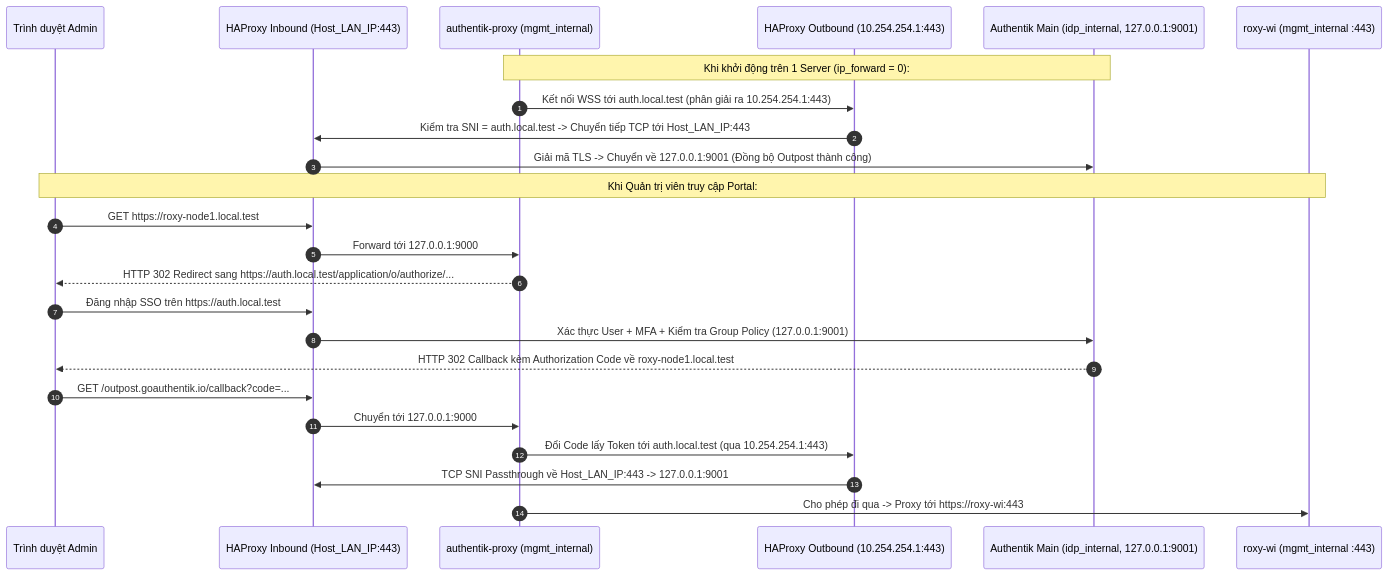
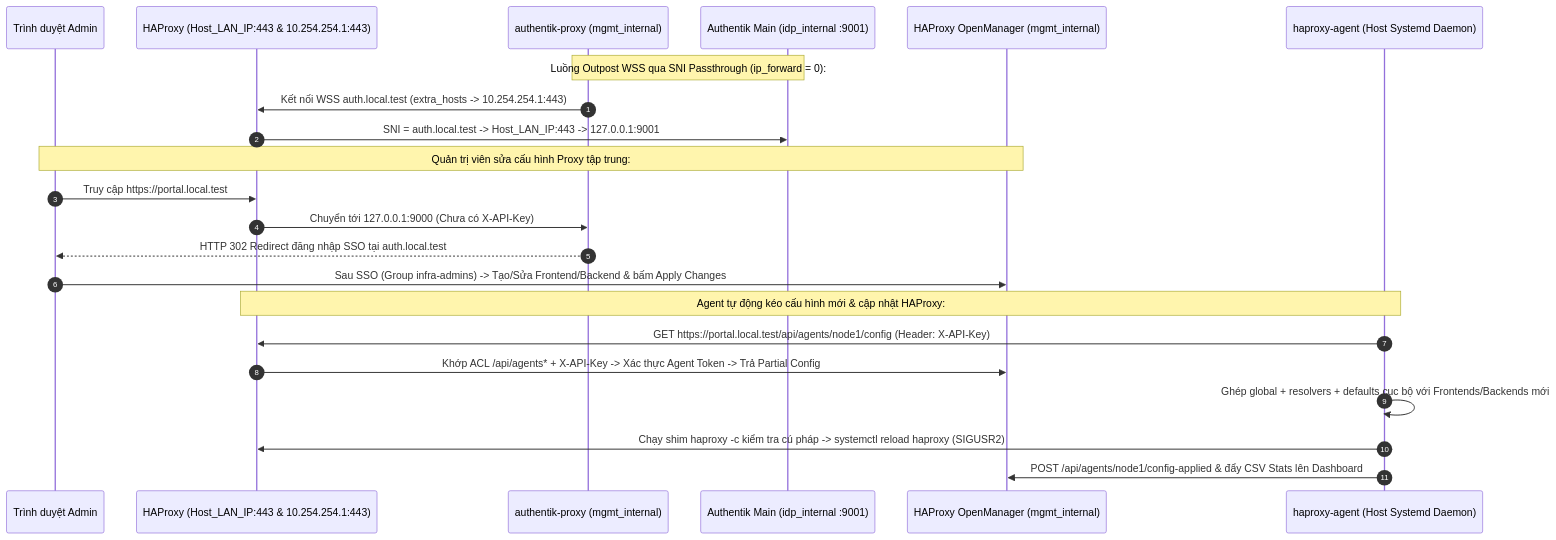
The second of 2 diagrams in BRD.md (OrgGem/rpa-revert-proxy), drawn with Mermaid before and after one commit. The commit also changed other lines of this file and 37 other files, not shown here.

Commit message:
feat(v1.1.0): implement HAProxy OpenManager pull-agent control plane, zero-nginx hub, and 7-gate PoC suite

````diff
--- a/BRD.md
+++ b/BRD.md
@@ -132,28 +124,27 @@
 ```mermaid
 sequenceDiagram
     autonumber
-    participant Browser as Trình duyệt Admin
-    participant HAP_In as HAProxy Inbound (Host_LAN_IP:443)
+    participant Admin as Trình duyệt Admin
+    participant HAP as HAProxy (Host_LAN_IP:443 & 10.254.254.1:443)
     participant AProxy as authentik-proxy (mgmt_internal)
-    participant HAP_Out as HAProxy Outbound (10.254.254.1:443)
-    participant AMain as Authentik Main (idp_internal, 127.0.0.1:9001)
-    participant Roxy as roxy-wi (mgmt_internal :443)
+    participant AMain as Authentik Main (idp_internal :9001)
+    participant OM as HAProxy OpenManager (mgmt_internal)
+    participant Agent as haproxy-agent (Host Systemd Daemon)
 
-    Note over AProxy,AMain: Khi khởi động trên 1 Server (ip_forward = 0):
-    AProxy->>HAP_Out: Kết nối WSS tới auth.local.test (phân giải ra 10.254.254.1:443)
-    HAP_Out->>HAP_In: Kiểm tra SNI = auth.local.test -> Chuyển tiếp TCP tới Host_LAN_IP:443
-    HAP_In->>AMain: Giải mã TLS -> Chuyển về 127.0.0.1:9001 (Đồng bộ Outpost thành công)
+    Note over AProxy,AMain: Luồng Outpost WSS qua SNI Passthrough (ip_forward = 0):
+    AProxy->>HAP: Kết nối WSS auth.local.test (extra_hosts -> 10.254.254.1:443)
+    HAP->>AMain: SNI = auth.local.test -> Host_LAN_IP:443 -> 127.0.0.1:9001
 
-    Note over Browser,Roxy: Khi Quản trị viên truy cập Portal:
-    Browser->>HAP_In: GET https://roxy-node1.local.test
-    HAP_In->>AProxy: Forward tới 127.0.0.1:9000
-    AProxy-->>Browser: HTTP 302 Redirect sang https://auth.local.test/application/o/authorize/...
-    Browser->>HAP_In: Đăng nhập SSO trên https://auth.local.test
-    HAP_In->>AMain: Xác thực User + MFA + Kiểm tra Group Policy (127.0.0.1:9001)
-    AMain-->>Browser: HTTP 302 Callback kèm Authorization Code về roxy-node1.local.test
-    Browser->>HAP_In: GET /outpost.goauthentik.io/callback?code=...
-    HAP_In->>AProxy: Chuyển tới 127.0.0.1:9000
-    AProxy->>HAP_Out: Đổi Code lấy Token tới auth.local.test (qua 10.254.254.1:443)
-    HAP_Out->>HAP_In: TCP SNI Passthrough về Host_LAN_IP:443 -> 127.0.0.1:9001
-    AProxy->>Roxy: Cho phép đi qua -> Proxy tới https://roxy-wi:443
+    Note over Admin,OM: Quản trị viên sửa cấu hình Proxy tập trung:
+    Admin->>HAP: Truy cập https://portal.local.test
+    HAP->>AProxy: Chuyển tới 127.0.0.1:9000 (Chưa có X-API-Key)
+    AProxy-->>Admin: HTTP 302 Redirect đăng nhập SSO tại auth.local.test
+    Admin->>OM: Sau SSO (Group infra-admins) -> Tạo/Sửa Frontend/Backend & bấm Apply Changes
+
+    Note over Agent,HAP: Agent tự động kéo cấu hình mới & cập nhật HAProxy:
+    Agent->>HAP: GET https://portal.local.test/api/agents/node1/config (Header: X-API-Key)
+    HAP->>OM: Khớp ACL /api/agents* + X-API-Key -> Xác thực Agent Token -> Trả Partial Config
+    Agent->>Agent: Ghép global + resolvers + defaults cục bộ với Frontends/Backends mới
+    Agent->>HAP: Chạy shim haproxy -c kiểm tra cú pháp -> systemctl reload haproxy (SIGUSR2)
+    Agent->>OM: POST /api/agents/node1/config-applied & đẩy CSV Stats lên Dashboard
 ```
````
